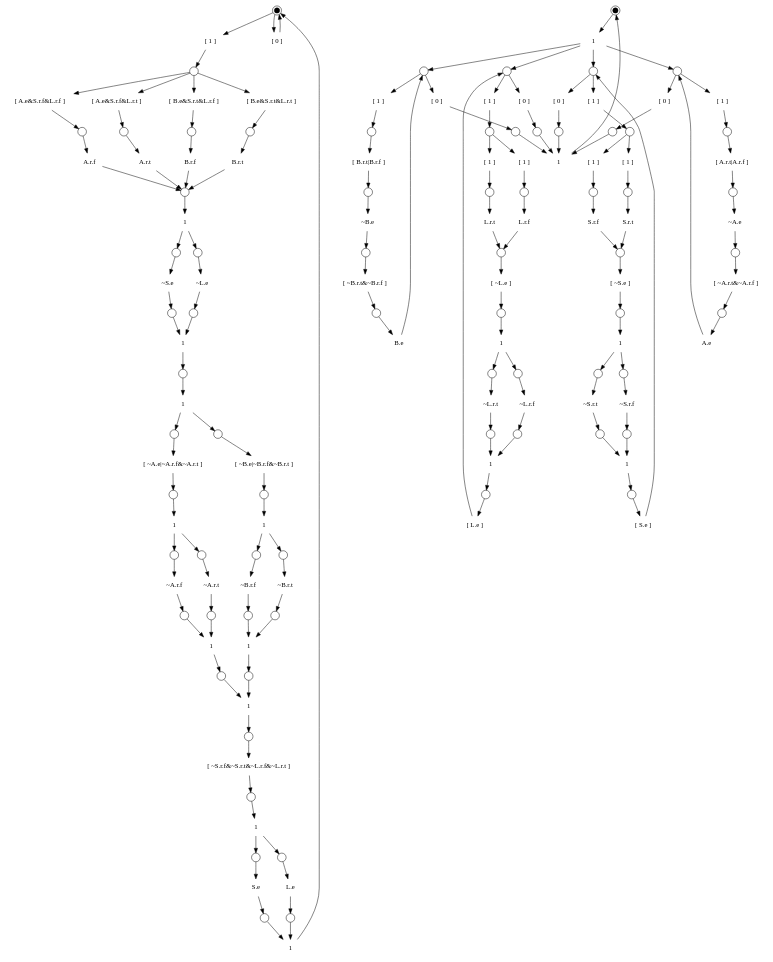
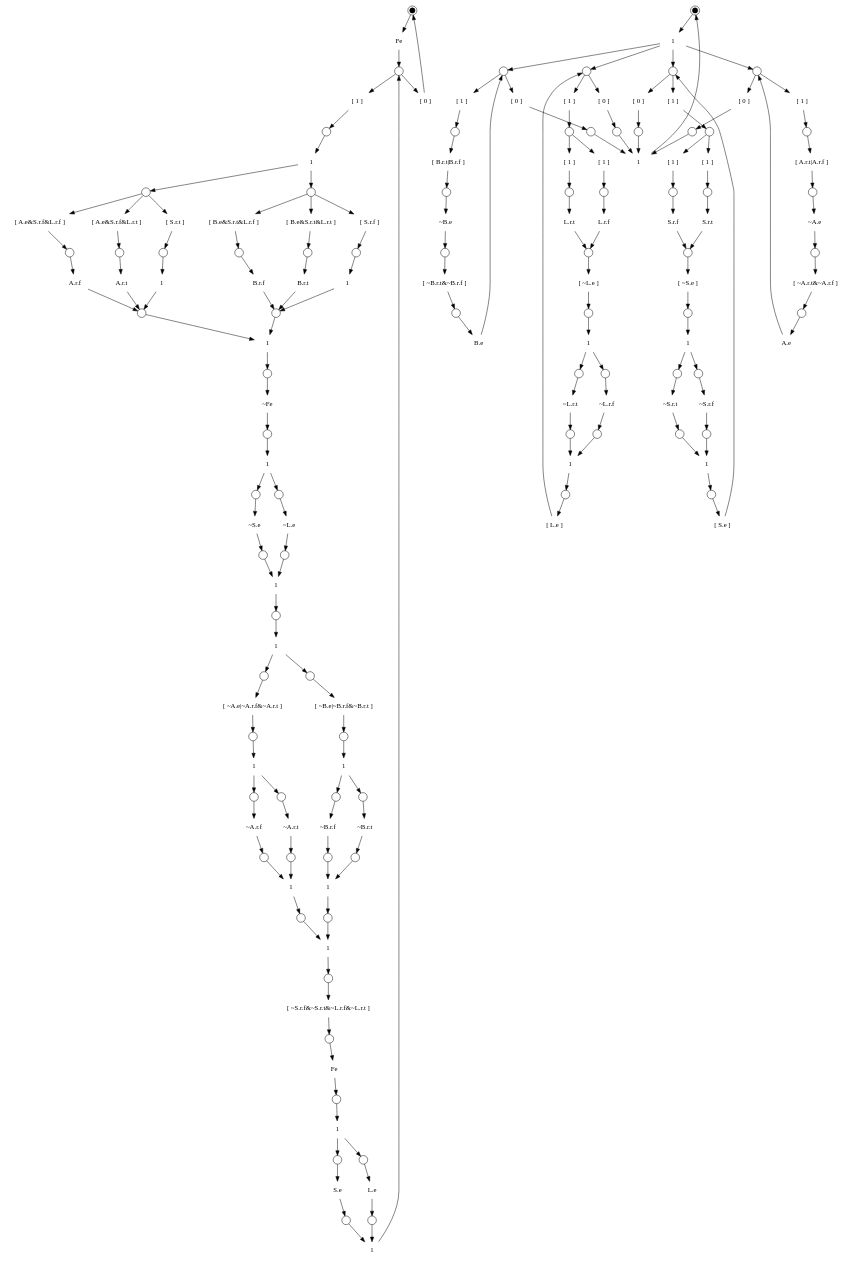
The diagram in hse/pchb_split.dot (nbingham1/hse2prs), drawn with Graphviz before and after one commit. The commit also changed 30 other files, not shown here.

```diff
--- a/hse/pchb_split.dot
+++ b/hse/pchb_split.dot
@@ -2,306 +2,344 @@
 {
 	subgraph pchb_split
 	{
-		graph["label"="" "variables"="L.r.t,L.r.f,L.e,S.r.t,S.r.f,S.e,A.r.t,A.r.f,A.e,B.r.t,B.r.f,B.e" "type"="local" "elaborate"="true" "reset"="~L.r.t&~L.r.f&L.e&~S.r.t&~S.r.f&S.e&~A.r.t&~A.r.f&A.e&~B.r.t&~B.r.f&B.e"];
+		graph["label"="" "variables"="L.r.t,L.r.f,L.e,S.r.t,S.r.f,S.e,A.r.t,A.r.f,A.e,B.r.t,B.r.f,B.e,Fe" "type"="local" "elaborate"="true" "reset"="~L.r.t&~L.r.f&L.e&~S.r.t&~S.r.f&S.e&~A.r.t&~A.r.f&A.e&~B.r.t&~B.r.f&B.e"];
 		S0["shape"="circle" "width"="0.15" "peripheries"="2" "style"="filled" "fillcolor"="#000000" "label"=""];
-		T0["shape"="plaintext" "label"="[ 1 ]"];
+		T0["shape"="plaintext" "label"="Fe"];
 		S0->T0;
 		S1["shape"="circle" "width"="0.25" "label"=""];
 		T0->S1;
-		T1["shape"="plaintext" "label"="[ A.e&S.r.f&L.r.f ]"];
+		T1["shape"="plaintext" "label"="[ 1 ]"];
 		S1->T1;
 		S2["shape"="circle" "width"="0.25" "label"=""];
 		T1->S2;
-		T2["shape"="plaintext" "label"="A.r.f"];
+		T2["shape"="plaintext" "label"="1"];
 		S2->T2;
-		T3["shape"="plaintext" "label"="[ A.e&S.r.f&L.r.t ]"];
-		S1->T3;
 		S3["shape"="circle" "width"="0.25" "label"=""];
-		T3->S3;
-		T4["shape"="plaintext" "label"="A.r.t"];
-		S3->T4;
-		T5["shape"="plaintext" "label"="[ B.e&S.r.t&L.r.f ]"];
-		S1->T5;
+		T2->S3;
+		T3["shape"="plaintext" "label"="[ A.e&S.r.f&L.r.f ]"];
+		S3->T3;
 		S4["shape"="circle" "width"="0.25" "label"=""];
-		T5->S4;
-		T6["shape"="plaintext" "label"="B.r.f"];
-		S4->T6;
-		T7["shape"="plaintext" "label"="[ B.e&S.r.t&L.r.t ]"];
-		S1->T7;
+		T3->S4;
+		T4["shape"="plaintext" "label"="A.r.f"];
+		S4->T4;
+		T5["shape"="plaintext" "label"="[ A.e&S.r.f&L.r.t ]"];
+		S3->T5;
 		S5["shape"="circle" "width"="0.25" "label"=""];
-		T7->S5;
-		T8["shape"="plaintext" "label"="B.r.t"];
-		S5->T8;
+		T5->S5;
+		T6["shape"="plaintext" "label"="A.r.t"];
+		S5->T6;
+		T7["shape"="plaintext" "label"="[ S.r.t ]"];
+		S3->T7;
 		S6["shape"="circle" "width"="0.25" "label"=""];
-		T2->S6;
-		T4->S6;
-		T6->S6;
-		T8->S6;
-		T9["shape"="plaintext" "label"="1"];
-		S6->T9;
+		T7->S6;
+		T8["shape"="plaintext" "label"="1"];
+		S6->T8;
 		S7["shape"="circle" "width"="0.25" "label"=""];
-		T9->S7;
-		T10["shape"="plaintext" "label"="~S.e"];
-		S7->T10;
+		T4->S7;
+		T6->S7;
+		T8->S7;
 		S8["shape"="circle" "width"="0.25" "label"=""];
-		T10->S8;
+		T2->S8;
+		T9["shape"="plaintext" "label"="[ B.e&S.r.t&L.r.f ]"];
+		S8->T9;
 		S9["shape"="circle" "width"="0.25" "label"=""];
 		T9->S9;
-		T11["shape"="plaintext" "label"="~L.e"];
-		S9->T11;
+		T10["shape"="plaintext" "label"="B.r.f"];
+		S9->T10;
+		T11["shape"="plaintext" "label"="[ B.e&S.r.t&L.r.t ]"];
+		S8->T11;
 		S10["shape"="circle" "width"="0.25" "label"=""];
 		T11->S10;
-		T12["shape"="plaintext" "label"="1"];
-		S8->T12;
+		T12["shape"="plaintext" "label"="B.r.t"];
 		S10->T12;
+		T13["shape"="plaintext" "label"="[ S.r.f ]"];
+		S8->T13;
 		S11["shape"="circle" "width"="0.25" "label"=""];
-		T12->S11;
-		T13["shape"="plaintext" "label"="1"];
-		S11->T13;
+		T13->S11;
+		T14["shape"="plaintext" "label"="1"];
+		S11->T14;
 		S12["shape"="circle" "width"="0.25" "label"=""];
-		T13->S12;
-		T14["shape"="plaintext" "label"="[ ~A.e|~A.r.f&~A.r.t ]"];
-		S12->T14;
+		T10->S12;
+		T12->S12;
+		T14->S12;
+		T15["shape"="plaintext" "label"="1"];
+		S7->T15;
+		S12->T15;
 		S13["shape"="circle" "width"="0.25" "label"=""];
-		T14->S13;
-		T15["shape"="plaintext" "label"="1"];
-		S13->T15;
+		T15->S13;
+		T16["shape"="plaintext" "label"="~Fe"];
+		S13->T16;
 		S14["shape"="circle" "width"="0.25" "label"=""];
-		T15->S14;
-		T16["shape"="plaintext" "label"="~A.r.f"];
-		S14->T16;
+		T16->S14;
+		T17["shape"="plaintext" "label"="1"];
+		S14->T17;
 		S15["shape"="circle" "width"="0.25" "label"=""];
-		T16->S15;
+		T17->S15;
+		T18["shape"="plaintext" "label"="~S.e"];
+		S15->T18;
 		S16["shape"="circle" "width"="0.25" "label"=""];
-		T15->S16;
-		T17["shape"="plaintext" "label"="~A.r.t"];
-		S16->T17;
+		T18->S16;
 		S17["shape"="circle" "width"="0.25" "label"=""];
 		T17->S17;
-		T18["shape"="plaintext" "label"="1"];
-		S15->T18;
-		S17->T18;
+		T19["shape"="plaintext" "label"="~L.e"];
+		S17->T19;
 		S18["shape"="circle" "width"="0.25" "label"=""];
-		T18->S18;
+		T19->S18;
+		T20["shape"="plaintext" "label"="1"];
+		S16->T20;
+		S18->T20;
 		S19["shape"="circle" "width"="0.25" "label"=""];
-		T13->S19;
-		T19["shape"="plaintext" "label"="[ ~B.e|~B.r.f&~B.r.t ]"];
-		S19->T19;
+		T20->S19;
+		T21["shape"="plaintext" "label"="1"];
+		S19->T21;
 		S20["shape"="circle" "width"="0.25" "label"=""];
-		T19->S20;
-		T20["shape"="plaintext" "label"="1"];
-		S20->T20;
+		T21->S20;
+		T22["shape"="plaintext" "label"="[ ~A.e|~A.r.f&~A.r.t ]"];
+		S20->T22;
 		S21["shape"="circle" "width"="0.25" "label"=""];
-		T20->S21;
-		T21["shape"="plaintext" "label"="~B.r.f"];
-		S21->T21;
+		T22->S21;
+		T23["shape"="plaintext" "label"="1"];
+		S21->T23;
 		S22["shape"="circle" "width"="0.25" "label"=""];
-		T21->S22;
+		T23->S22;
+		T24["shape"="plaintext" "label"="~A.r.f"];
+		S22->T24;
 		S23["shape"="circle" "width"="0.25" "label"=""];
-		T20->S23;
-		T22["shape"="plaintext" "label"="~B.r.t"];
-		S23->T22;
+		T24->S23;
 		S24["shape"="circle" "width"="0.25" "label"=""];
-		T22->S24;
-		T23["shape"="plaintext" "label"="1"];
-		S22->T23;
-		S24->T23;
+		T23->S24;
+		T25["shape"="plaintext" "label"="~A.r.t"];
+		S24->T25;
 		S25["shape"="circle" "width"="0.25" "label"=""];
-		T23->S25;
-		T24["shape"="plaintext" "label"="1"];
-		S18->T24;
-		S25->T24;
+		T25->S25;
+		T26["shape"="plaintext" "label"="1"];
+		S23->T26;
+		S25->T26;
 		S26["shape"="circle" "width"="0.25" "label"=""];
-		T24->S26;
-		T25["shape"="plaintext" "label"="[ ~S.r.f&~S.r.t&~L.r.f&~L.r.t ]"];
-		S26->T25;
+		T26->S26;
 		S27["shape"="circle" "width"="0.25" "label"=""];
-		T25->S27;
-		T26["shape"="plaintext" "label"="1"];
-		S27->T26;
+		T21->S27;
+		T27["shape"="plaintext" "label"="[ ~B.e|~B.r.f&~B.r.t ]"];
+		S27->T27;
 		S28["shape"="circle" "width"="0.25" "label"=""];
-		T26->S28;
-		T27["shape"="plaintext" "label"="S.e"];
-		S28->T27;
+		T27->S28;
+		T28["shape"="plaintext" "label"="1"];
+		S28->T28;
 		S29["shape"="circle" "width"="0.25" "label"=""];
-		T27->S29;
+		T28->S29;
+		T29["shape"="plaintext" "label"="~B.r.f"];
+		S29->T29;
 		S30["shape"="circle" "width"="0.25" "label"=""];
-		T26->S30;
-		T28["shape"="plaintext" "label"="L.e"];
-		S30->T28;
+		T29->S30;
 		S31["shape"="circle" "width"="0.25" "label"=""];
 		T28->S31;
-		T29["shape"="plaintext" "label"="1"];
-		S29->T29;
-		S31->T29;
-		T29->S0;
-		T30["shape"="plaintext" "label"="[ 0 ]"];
-		S0->T30;
-		T30->S0;
+		T30["shape"="plaintext" "label"="~B.r.t"];
+		S31->T30;
+		S32["shape"="circle" "width"="0.25" "label"=""];
+		T30->S32;
+		T31["shape"="plaintext" "label"="1"];
+		S30->T31;
+		S32->T31;
+		S33["shape"="circle" "width"="0.25" "label"=""];
+		T31->S33;
+		T32["shape"="plaintext" "label"="1"];
+		S26->T32;
+		S33->T32;
+		S34["shape"="circle" "width"="0.25" "label"=""];
+		T32->S34;
+		T33["shape"="plaintext" "label"="[ ~S.r.f&~S.r.t&~L.r.f&~L.r.t ]"];
+		S34->T33;
+		S35["shape"="circle" "width"="0.25" "label"=""];
+		T33->S35;
+		T34["shape"="plaintext" "label"="Fe"];
+		S35->T34;
+		S36["shape"="circle" "width"="0.25" "label"=""];
+		T34->S36;
+		T35["shape"="plaintext" "label"="1"];
+		S36->T35;
+		S37["shape"="circle" "width"="0.25" "label"=""];
+		T35->S37;
+		T36["shape"="plaintext" "label"="S.e"];
+		S37->T36;
+		S38["shape"="circle" "width"="0.25" "label"=""];
+		T36->S38;
+		S39["shape"="circle" "width"="0.25" "label"=""];
+		T35->S39;
+		T37["shape"="plaintext" "label"="L.e"];
+		S39->T37;
+		S40["shape"="circle" "width"="0.25" "label"=""];
+		T37->S40;
+		T38["shape"="plaintext" "label"="1"];
+		S38->T38;
+		S40->T38;
+		T38->S1;
+		T39["shape"="plaintext" "label"="[ 0 ]"];
+		S1->T39;
+		T39->S0;
 	}
 	subgraph environment
 	{
 		graph["label"="" "variables"="L.r.t,L.r.f,L.e,S.r.t,S.r.f,S.e,A.r.t,A.r.f,A.e,B.r.t,B.r.f,B.e" "type"="remote" "elaborate"="false" "reset"="~L.r.t&~L.r.f&L.e&~S.r.t&~S.r.f&S.e&~A.r.t&~A.r.f&A.e&~B.r.t&~B.r.f&B.e"];
-		S32["shape"="circle" "width"="0.15" "peripheries"="2" "style"="filled" "fillcolor"="#000000" "label"=""];
-		T31["shape"="plaintext" "label"="1"];
-		S32->T31;
-		S33["shape"="circle" "width"="0.25" "label"=""];
-		T31->S33;
-		T32["shape"="plaintext" "label"="[ 1 ]"];
-		S33->T32;
-		S34["shape"="circle" "width"="0.25" "label"=""];
-		T32->S34;
-		T33["shape"="plaintext" "label"="[ A.r.t|A.r.f ]"];
-		S34->T33;
-		S35["shape"="circle" "width"="0.25" "label"=""];
-		T33->S35;
-		T34["shape"="plaintext" "label"="~A.e"];
-		S35->T34;
-		S36["shape"="circle" "width"="0.25" "label"=""];
-		T34->S36;
-		T35["shape"="plaintext" "label"="[ ~A.r.t&~A.r.f ]"];
-		S36->T35;
-		S37["shape"="circle" "width"="0.25" "label"=""];
-		T35->S37;
-		T36["shape"="plaintext" "label"="A.e"];
-		S37->T36;
-		T36->S33;
-		T37["shape"="plaintext" "label"="[ 0 ]"];
-		S33->T37;
-		S38["shape"="circle" "width"="0.25" "label"=""];
-		T37->S38;
-		S39["shape"="circle" "width"="0.25" "label"=""];
-		T31->S39;
-		T38["shape"="plaintext" "label"="[ 1 ]"];
-		S39->T38;
-		S40["shape"="circle" "width"="0.25" "label"=""];
-		T38->S40;
-		T39["shape"="plaintext" "label"="[ B.r.t|B.r.f ]"];
-		S40->T39;
-		S41["shape"="circle" "width"="0.25" "label"=""];
-		T39->S41;
-		T40["shape"="plaintext" "label"="~B.e"];
+		S41["shape"="circle" "width"="0.15" "peripheries"="2" "style"="filled" "fillcolor"="#000000" "label"=""];
+		T40["shape"="plaintext" "label"="1"];
 		S41->T40;
 		S42["shape"="circle" "width"="0.25" "label"=""];
 		T40->S42;
-		T41["shape"="plaintext" "label"="[ ~B.r.t&~B.r.f ]"];
+		T41["shape"="plaintext" "label"="[ 1 ]"];
 		S42->T41;
 		S43["shape"="circle" "width"="0.25" "label"=""];
 		T41->S43;
-		T42["shape"="plaintext" "label"="B.e"];
+		T42["shape"="plaintext" "label"="[ A.r.t|A.r.f ]"];
 		S43->T42;
-		T42->S39;
-		T43["shape"="plaintext" "label"="[ 0 ]"];
-		S39->T43;
 		S44["shape"="circle" "width"="0.25" "label"=""];
-		T43->S44;
+		T42->S44;
+		T43["shape"="plaintext" "label"="~A.e"];
+		S44->T43;
 		S45["shape"="circle" "width"="0.25" "label"=""];
-		T31->S45;
-		T44["shape"="plaintext" "label"="[ 1 ]"];
+		T43->S45;
+		T44["shape"="plaintext" "label"="[ ~A.r.t&~A.r.f ]"];
 		S45->T44;
 		S46["shape"="circle" "width"="0.25" "label"=""];
 		T44->S46;
-		T45["shape"="plaintext" "label"="[ 1 ]"];
+		T45["shape"="plaintext" "label"="A.e"];
 		S46->T45;
+		T45->S42;
+		T46["shape"="plaintext" "label"="[ 0 ]"];
+		S42->T46;
 		S47["shape"="circle" "width"="0.25" "label"=""];
-		T45->S47;
-		T46["shape"="plaintext" "label"="L.r.t"];
-		S47->T46;
+		T46->S47;
+		S48["shape"="circle" "width"="0.25" "label"=""];
+		T40->S48;
 		T47["shape"="plaintext" "label"="[ 1 ]"];
-		S46->T47;
-		S48["shape"="circle" "width"="0.25" "label"=""];
-		T47->S48;
-		T48["shape"="plaintext" "label"="L.r.f"];
-		S48->T48;
+		S48->T47;
 		S49["shape"="circle" "width"="0.25" "label"=""];
-		T46->S49;
-		T48->S49;
-		T49["shape"="plaintext" "label"="[ ~L.e ]"];
-		S49->T49;
+		T47->S49;
+		T48["shape"="plaintext" "label"="[ B.r.t|B.r.f ]"];
+		S49->T48;
 		S50["shape"="circle" "width"="0.25" "label"=""];
-		T49->S50;
-		T50["shape"="plaintext" "label"="1"];
-		S50->T50;
+		T48->S50;
+		T49["shape"="plaintext" "label"="~B.e"];
+		S50->T49;
 		S51["shape"="circle" "width"="0.25" "label"=""];
-		T50->S51;
-		T51["shape"="plaintext" "label"="~L.r.t"];
-		S51->T51;
+		T49->S51;
+		T50["shape"="plaintext" "label"="[ ~B.r.t&~B.r.f ]"];
+		S51->T50;
 		S52["shape"="circle" "width"="0.25" "label"=""];
-		T51->S52;
+		T50->S52;
+		T51["shape"="plaintext" "label"="B.e"];
+		S52->T51;
+		T51->S48;
+		T52["shape"="plaintext" "label"="[ 0 ]"];
+		S48->T52;
 		S53["shape"="circle" "width"="0.25" "label"=""];
-		T50->S53;
-		T52["shape"="plaintext" "label"="~L.r.f"];
-		S53->T52;
+		T52->S53;
 		S54["shape"="circle" "width"="0.25" "label"=""];
-		T52->S54;
-		T53["shape"="plaintext" "label"="1"];
-		S52->T53;
+		T40->S54;
+		T53["shape"="plaintext" "label"="[ 1 ]"];
 		S54->T53;
 		S55["shape"="circle" "width"="0.25" "label"=""];
 		T53->S55;
-		T54["shape"="plaintext" "label"="[ L.e ]"];
+		T54["shape"="plaintext" "label"="[ 1 ]"];
 		S55->T54;
-		T54->S45;
-		T55["shape"="plaintext" "label"="[ 0 ]"];
-		S45->T55;
 		S56["shape"="circle" "width"="0.25" "label"=""];
-		T55->S56;
+		T54->S56;
+		T55["shape"="plaintext" "label"="L.r.t"];
+		S56->T55;
+		T56["shape"="plaintext" "label"="[ 1 ]"];
+		S55->T56;
 		S57["shape"="circle" "width"="0.25" "label"=""];
-		T31->S57;
-		T56["shape"="plaintext" "label"="[ 1 ]"];
-		S57->T56;
+		T56->S57;
+		T57["shape"="plaintext" "label"="L.r.f"];
+		S57->T57;
 		S58["shape"="circle" "width"="0.25" "label"=""];
-		T56->S58;
-		T57["shape"="plaintext" "label"="[ 1 ]"];
-		S58->T57;
+		T55->S58;
+		T57->S58;
+		T58["shape"="plaintext" "label"="[ ~L.e ]"];
+		S58->T58;
 		S59["shape"="circle" "width"="0.25" "label"=""];
-		T57->S59;
-		T58["shape"="plaintext" "label"="S.r.t"];
-		S59->T58;
-		T59["shape"="plaintext" "label"="[ 1 ]"];
-		S58->T59;
+		T58->S59;
+		T59["shape"="plaintext" "label"="1"];
+		S59->T59;
 		S60["shape"="circle" "width"="0.25" "label"=""];
 		T59->S60;
-		T60["shape"="plaintext" "label"="S.r.f"];
+		T60["shape"="plaintext" "label"="~L.r.t"];
 		S60->T60;
 		S61["shape"="circle" "width"="0.25" "label"=""];
-		T58->S61;
 		T60->S61;
-		T61["shape"="plaintext" "label"="[ ~S.e ]"];
-		S61->T61;
 		S62["shape"="circle" "width"="0.25" "label"=""];
-		T61->S62;
+		T59->S62;
+		T61["shape"="plaintext" "label"="~L.r.f"];
+		S62->T61;
+		S63["shape"="circle" "width"="0.25" "label"=""];
+		T61->S63;
 		T62["shape"="plaintext" "label"="1"];
-		S62->T62;
-		S63["shape"="circle" "width"="0.25" "label"=""];
-		T62->S63;
-		T63["shape"="plaintext" "label"="~S.r.t"];
-		S63->T63;
+		S61->T62;
+		S63->T62;
 		S64["shape"="circle" "width"="0.25" "label"=""];
-		T63->S64;
+		T62->S64;
+		T63["shape"="plaintext" "label"="[ L.e ]"];
+		S64->T63;
+		T63->S54;
+		T64["shape"="plaintext" "label"="[ 0 ]"];
+		S54->T64;
 		S65["shape"="circle" "width"="0.25" "label"=""];
-		T62->S65;
-		T64["shape"="plaintext" "label"="~S.r.f"];
-		S65->T64;
+		T64->S65;
 		S66["shape"="circle" "width"="0.25" "label"=""];
-		T64->S66;
-		T65["shape"="plaintext" "label"="1"];
-		S64->T65;
+		T40->S66;
+		T65["shape"="plaintext" "label"="[ 1 ]"];
 		S66->T65;
 		S67["shape"="circle" "width"="0.25" "label"=""];
 		T65->S67;
-		T66["shape"="plaintext" "label"="[ S.e ]"];
+		T66["shape"="plaintext" "label"="[ 1 ]"];
 		S67->T66;
-		T66->S57;
-		T67["shape"="plaintext" "label"="[ 0 ]"];
-		S57->T67;
 		S68["shape"="circle" "width"="0.25" "label"=""];
-		T67->S68;
-		T68["shape"="plaintext" "label"="1"];
-		S38->T68;
-		S44->T68;
-		S56->T68;
-		S68->T68;
-		T68->S32;
+		T66->S68;
+		T67["shape"="plaintext" "label"="S.r.t"];
+		S68->T67;
+		T68["shape"="plaintext" "label"="[ 1 ]"];
+		S67->T68;
+		S69["shape"="circle" "width"="0.25" "label"=""];
+		T68->S69;
+		T69["shape"="plaintext" "label"="S.r.f"];
+		S69->T69;
+		S70["shape"="circle" "width"="0.25" "label"=""];
+		T67->S70;
+		T69->S70;
+		T70["shape"="plaintext" "label"="[ ~S.e ]"];
+		S70->T70;
+		S71["shape"="circle" "width"="0.25" "label"=""];
+		T70->S71;
+		T71["shape"="plaintext" "label"="1"];
+		S71->T71;
+		S72["shape"="circle" "width"="0.25" "label"=""];
+		T71->S72;
+		T72["shape"="plaintext" "label"="~S.r.t"];
+		S72->T72;
+		S73["shape"="circle" "width"="0.25" "label"=""];
+		T72->S73;
+		S74["shape"="circle" "width"="0.25" "label"=""];
+		T71->S74;
+		T73["shape"="plaintext" "label"="~S.r.f"];
+		S74->T73;
+		S75["shape"="circle" "width"="0.25" "label"=""];
+		T73->S75;
+		T74["shape"="plaintext" "label"="1"];
+		S73->T74;
+		S75->T74;
+		S76["shape"="circle" "width"="0.25" "label"=""];
+		T74->S76;
+		T75["shape"="plaintext" "label"="[ S.e ]"];
+		S76->T75;
+		T75->S66;
+		T76["shape"="plaintext" "label"="[ 0 ]"];
+		S66->T76;
+		S77["shape"="circle" "width"="0.25" "label"=""];
+		T76->S77;
+		T77["shape"="plaintext" "label"="1"];
+		S47->T77;
+		S53->T77;
+		S65->T77;
+		S77->T77;
+		T77->S41;
 	}
 }
```
